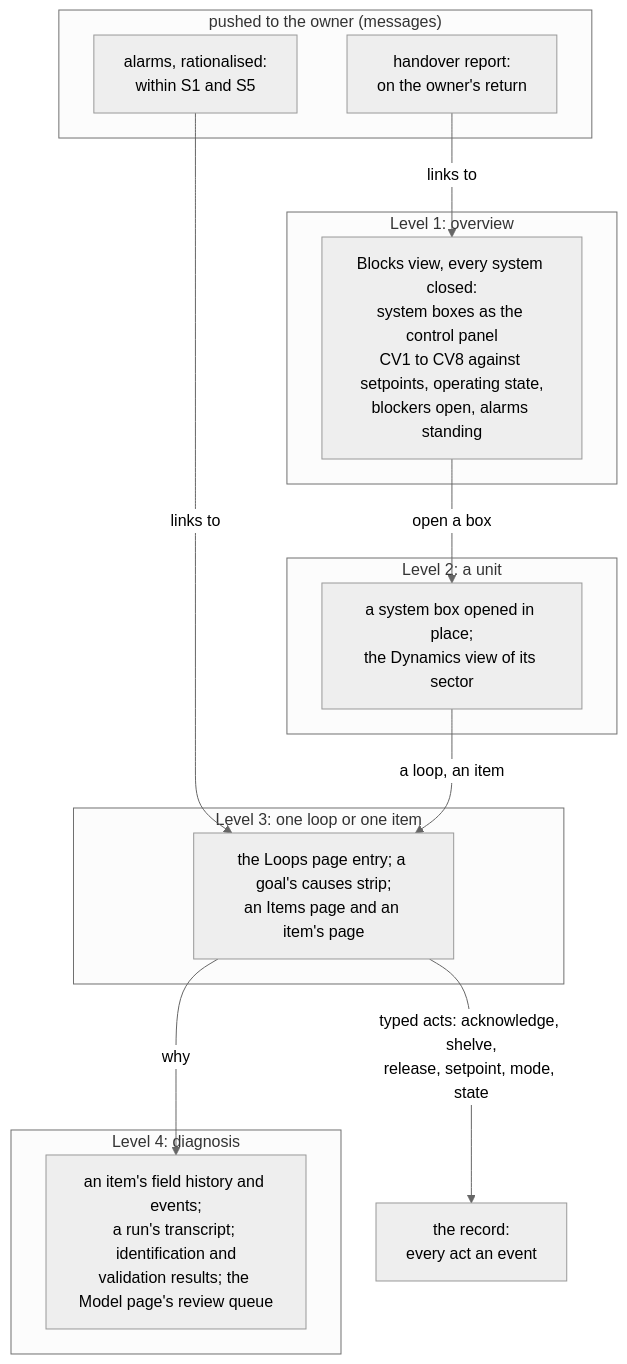
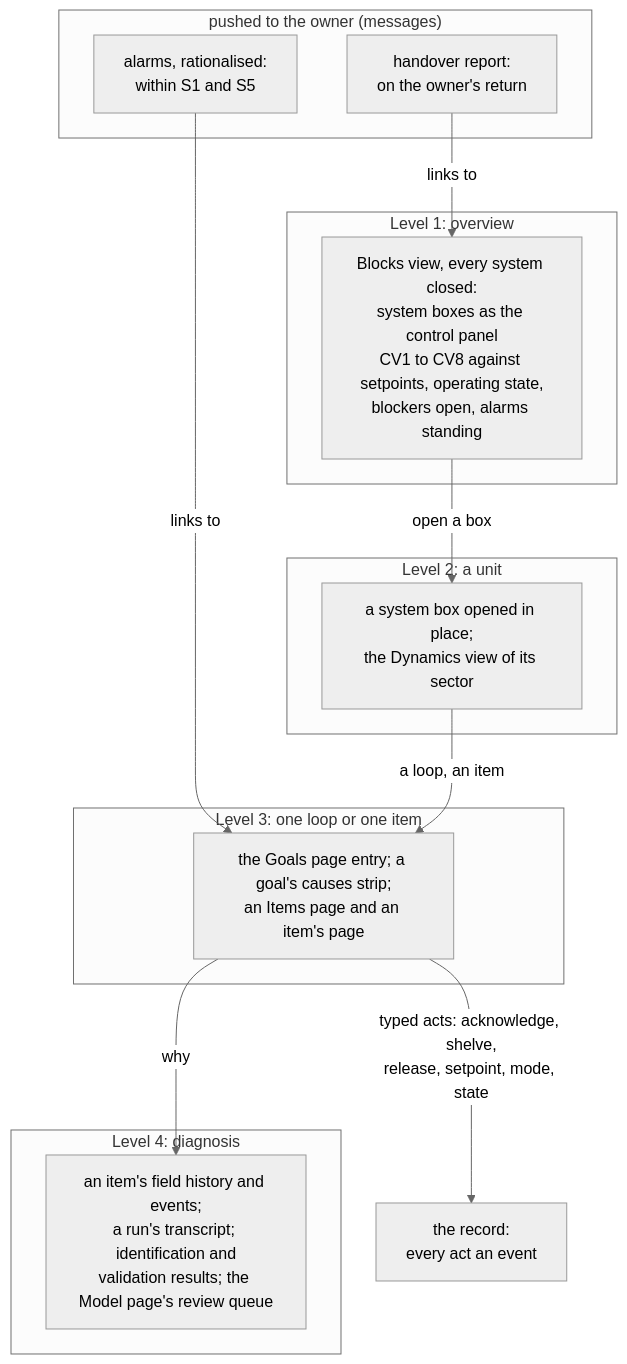
The diagram in docs/proposals/coordinator/09-operator-interface.md (danroblewis/ergostat), drawn with Mermaid before and after one commit. The commit also changed other lines of this file and 29 other files, not shown here.

Commit message:
Goals page replaces Loops: /goals (old /loops redirects), 'goal' wherever a goal was called a loop

````diff
--- a/docs/proposals/coordinator/09-operator-interface.md
+++ b/docs/proposals/coordinator/09-operator-interface.md
@@ -37,26 +37,26 @@
 ```mermaid
 %%{init: {"theme": "neutral"}}%%
 flowchart TB
     subgraph PUSH["pushed to the owner (messages)"]
         AL["alarms, rationalised:<br/>within S1 and S5"]
         HO["handover report:<br/>on the owner's return"]
     end
     subgraph L1D["Level 1: overview"]
         V1["Blocks view, every system closed:<br/>system boxes as the control panel<br/>CV1 to CV8 against setpoints, operating state,<br/>blockers open, alarms standing"]
     end
     subgraph L2D["Level 2: a unit"]
         V2["a system box opened in place;<br/>the Dynamics view of its sector"]
     end
     subgraph L3D["Level 3: one loop or one item"]
-        V3["the Loops page entry; a goal's causes strip;<br/>an Items page and an item's page"]
+        V3["the Goals page entry; a goal's causes strip;<br/>an Items page and an item's page"]
     end
     subgraph L4D["Level 4: diagnosis"]
         V4["an item's field history and events;<br/>a run's transcript; identification and<br/>validation results; the Model page's review queue"]
     end
     AL -- "links to" --> V3
     HO -- "links to" --> V1
     V1 -- "open a box" --> V2
     V2 -- "a loop, an item" --> V3
     V3 -- "why" --> V4
     V3 -- "typed acts: acknowledge, shelve,<br/>release, setpoint, mode, state" --> ACT["the record:<br/>every act an event"]
 ```
````
